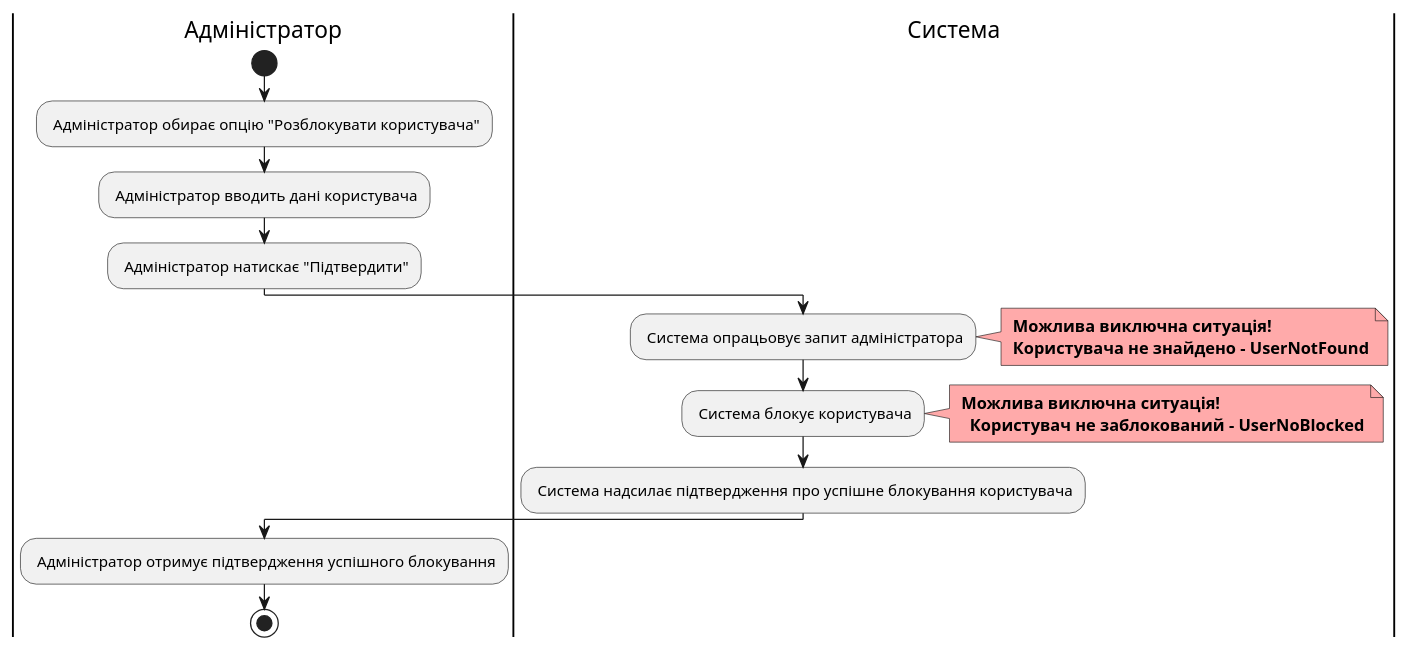
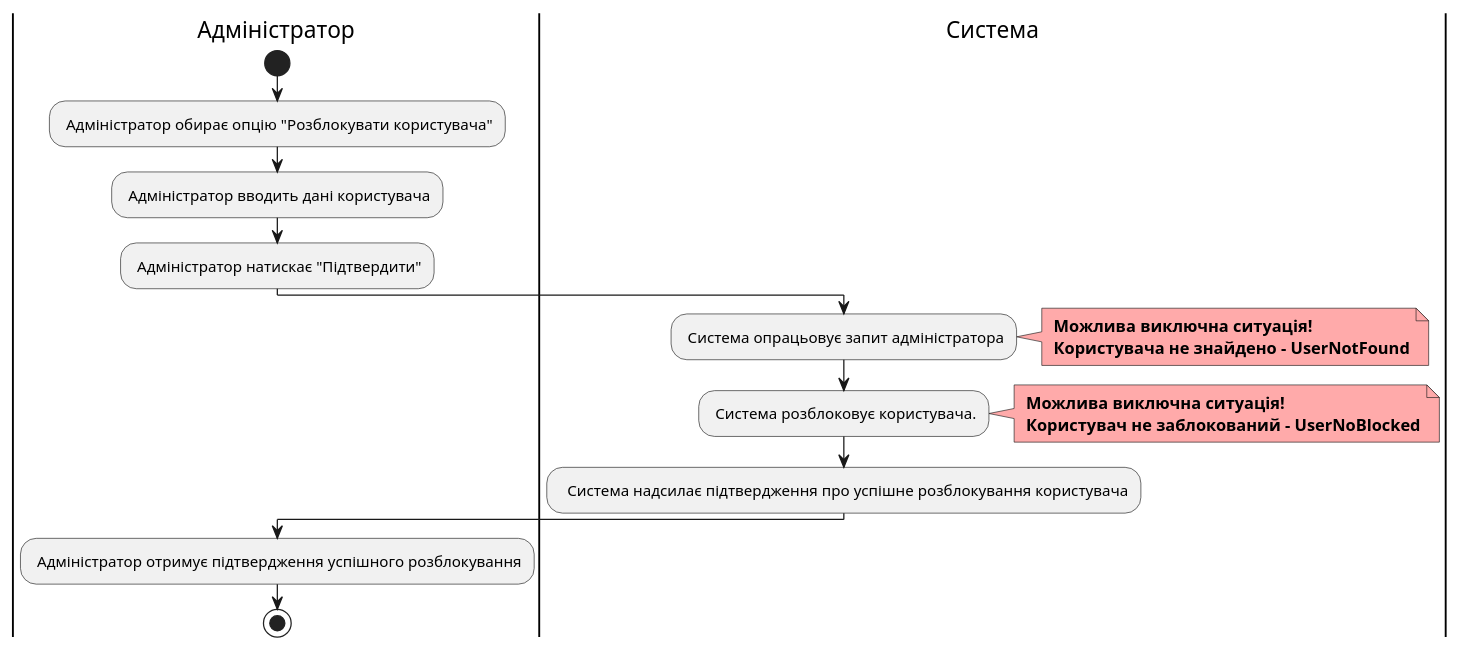
One commit to watashone/db-labs changed the seventh of 7 diagrams in docs/use cases/README.md. Above: the diagram before and after it, drawn with PlantUML.

Commit message:
Fixed UC_6.2 text problem

````diff
--- a/docs/use cases/README.md
+++ b/docs/use cases/README.md
@@ -332,25 +332,25 @@
 ```plantuml
 @startuml
     |Адміністратор|
         start
         : Адміністратор обирає опцію "Розблокувати користувача";
         : Адміністратор вводить дані користувача;
         : Адміністратор натискає "Підтвердити";
     |Система|
         : Система опрацьовує запит адміністратора;
         note right #ffaaaa
         <b> Можлива виключна ситуація!
         <b> Користувача не знайдено - UserNotFound
         end note
-        : Система блокує користувача;
+        : Система розблоковує користувача.;
         note right #ffaaaa
         <b> Можлива виключна ситуація!
-        <b>   Користувач не заблокований - UserNoBlocked
+        <b> Користувач не заблокований - UserNoBlocked
         end note
-        : Система надсилає підтвердження про успішне блокування користувача;
+        :  Система надсилає підтвердження про успішне розблокування користувача;
     |Адміністратор|
-        : Адміністратор отримує підтвердження успішного блокування;
+        : Адміністратор отримує підтвердження успішного розблокування;
         stop;
 
 @enduml 
 ```
````
